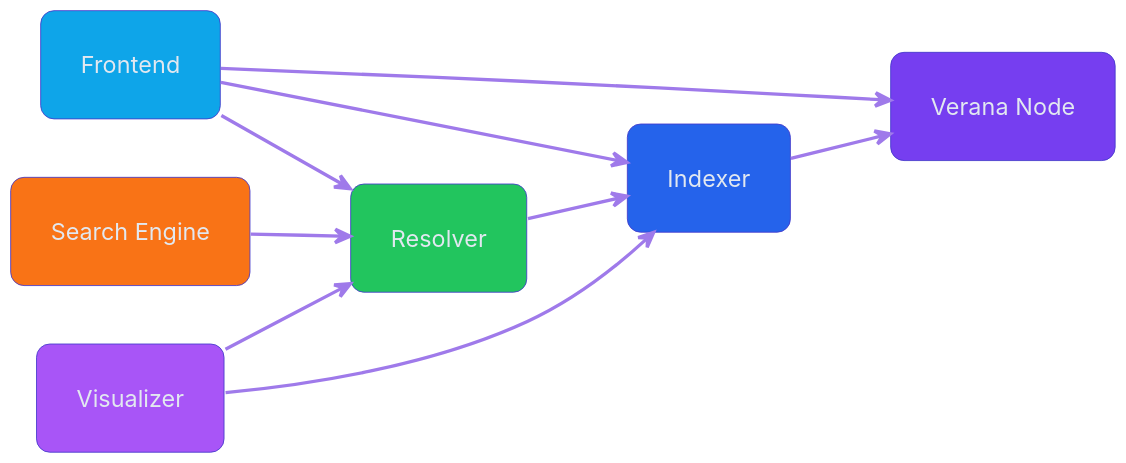
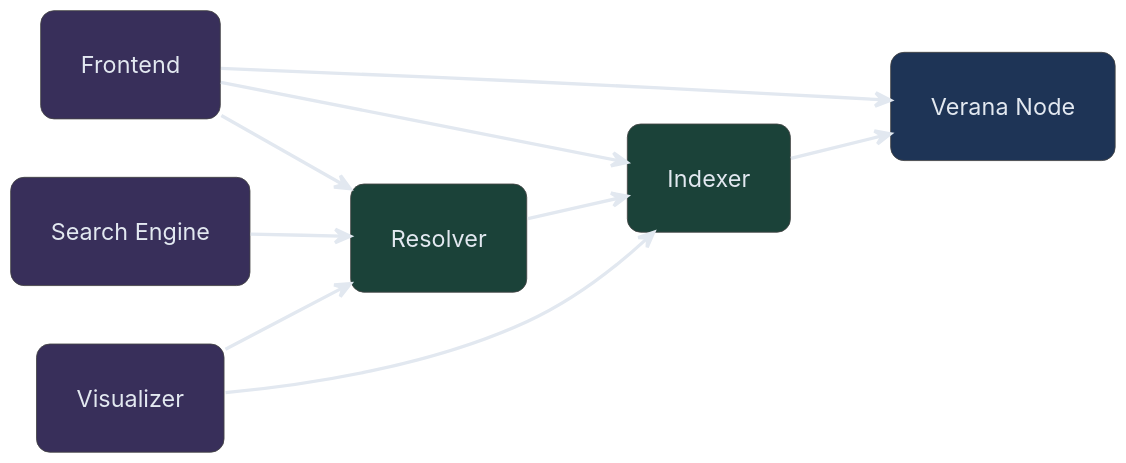
Before and after one commit to verana-labs/verana.io-website: the diagram in content/page/developers/components.md, drawn with PlantUML. The commit also changed other lines of this file and 11 other files, not shown here.

```diff
--- a/content/page/developers/components.md
+++ b/content/page/developers/components.md
@@ -38,37 +38,37 @@
         @startuml
         left to right direction
 
         skinparam backgroundColor transparent
         skinparam Shadowing false
         skinparam defaultFontName "Inter"
         skinparam defaultFontColor #E2E8F0
         skinparam DefaultTextAlignment center
-        skinparam ArrowColor #9F7AEA
-        skinparam ArrowHeadColor #9F7AEA
+        skinparam ArrowColor #E2E8F0
+        skinparam ArrowHeadColor #E2E8F0
         skinparam ArrowFontColor #E2E8F0
         skinparam ArrowThickness 2
         skinparam Padding 14
         skinparam dpi 160
         skinparam rectangle {
           BackgroundColor #111827
-          BorderColor #4338CA
+          BorderColor #444444
           FontColor #E2E8F0
           RoundCorner 16
         }
 
-        rectangle "Verana Node" as vpr1 #763EF0
-        rectangle "Indexer" as idx1 #2563EB
-        rectangle "Resolver" as rslv1 #22C55E
-        rectangle "Frontend" as frontend1 #0EA5E9
-        rectangle "Visualizer" as vis1 #A855F7
-        rectangle "Search Engine" as search1 #F97316
+        rectangle "Verana Node" as vpr1 #1E3456
+        rectangle "Indexer" as idx1 #1B4239
+        rectangle "Resolver" as rslv1 #1B4239
+        rectangle "Frontend" as frontend1 #382F5A
+        rectangle "Visualizer" as vis1 #382F5A
+        rectangle "Search Engine" as search1 #382F5A
 
         idx1 --> vpr1
         frontend1 --> idx1
         frontend1 --> rslv1
         frontend1 --> vpr1
         rslv1 --> idx1
         vis1 --> idx1
         vis1 --> rslv1
         search1 --> rslv1
         @enduml
```
